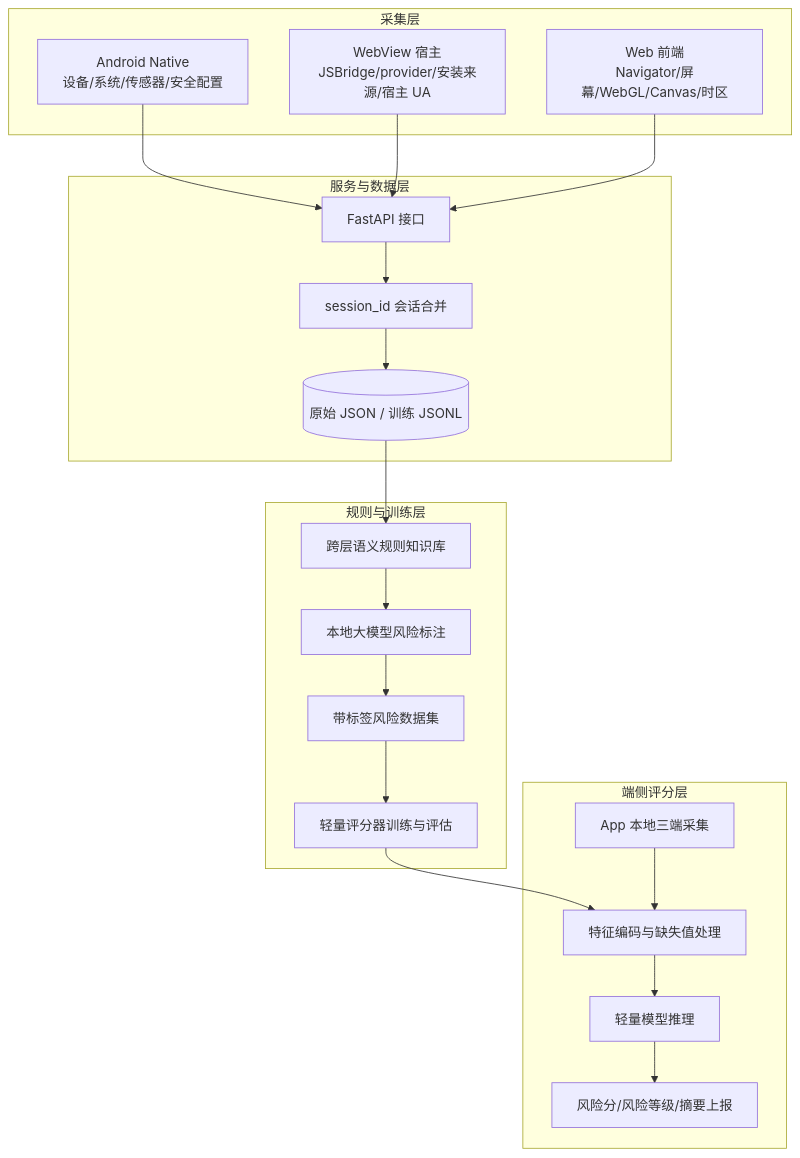
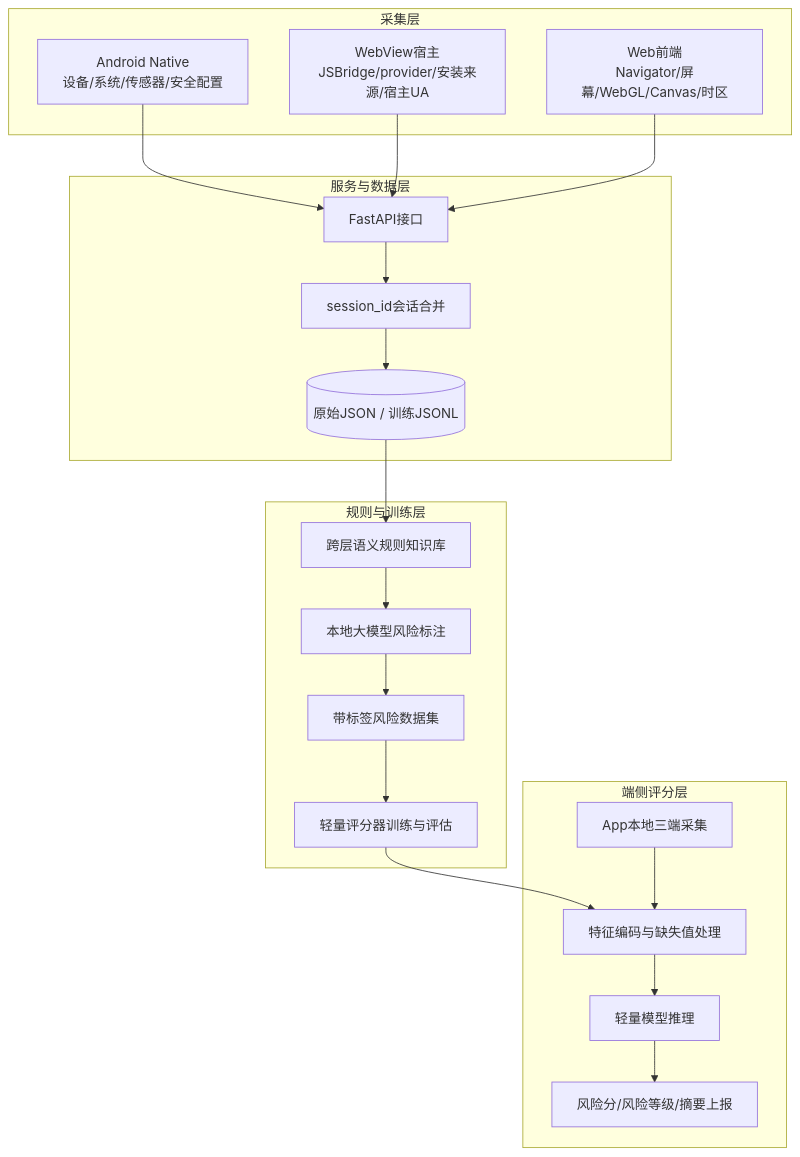
The first of 4 diagrams in thesis_materials/chapter2_system_design.md (Xavi-L/RBA-Cross-Device-Fingerprint), drawn with Mermaid before and after one commit. The commit also changed other lines of this file and 28 other files, not shown here.

````diff
--- a/thesis_materials/chapter2_system_design.md
+++ b/thesis_materials/chapter2_system_design.md
@@ -77,36 +77,36 @@
 ```mermaid
 flowchart TB
     subgraph A["采集层"]
         N["Android Native\n设备/系统/传感器/安全配置"]
-        V["WebView 宿主\nJSBridge/provider/安装来源/宿主 UA"]
-        W["Web 前端\nNavigator/屏幕/WebGL/Canvas/时区"]
+        V["WebView宿主\nJSBridge/provider/安装来源/宿主UA"]
+        W["Web前端\nNavigator/屏幕/WebGL/Canvas/时区"]
     end
 
     subgraph B["服务与数据层"]
-        API["FastAPI 接口"]
-        MERGE["session_id 会话合并"]
-        STORE[("原始 JSON / 训练 JSONL")]
+        API["FastAPI接口"]
+        MERGE["session_id会话合并"]
+        STORE[("原始JSON / 训练JSONL")]
     end
 
     subgraph C["规则与训练层"]
         RULE["跨层语义规则知识库"]
         LLM["本地大模型风险标注"]
         DATA["带标签风险数据集"]
         TRAIN["轻量评分器训练与评估"]
     end
 
     subgraph D["端侧评分层"]
-        LOCAL["App 本地三端采集"]
+        LOCAL["App本地三端采集"]
         ENC["特征编码与缺失值处理"]
         SCORE["轻量模型推理"]
         RESULT["风险分/风险等级/摘要上报"]
     end
 
     N --> API
     V --> API
     W --> API
     API --> MERGE --> STORE
     STORE --> RULE --> LLM --> DATA --> TRAIN
     TRAIN --> ENC
     LOCAL --> ENC --> SCORE --> RESULT
 ```
````
